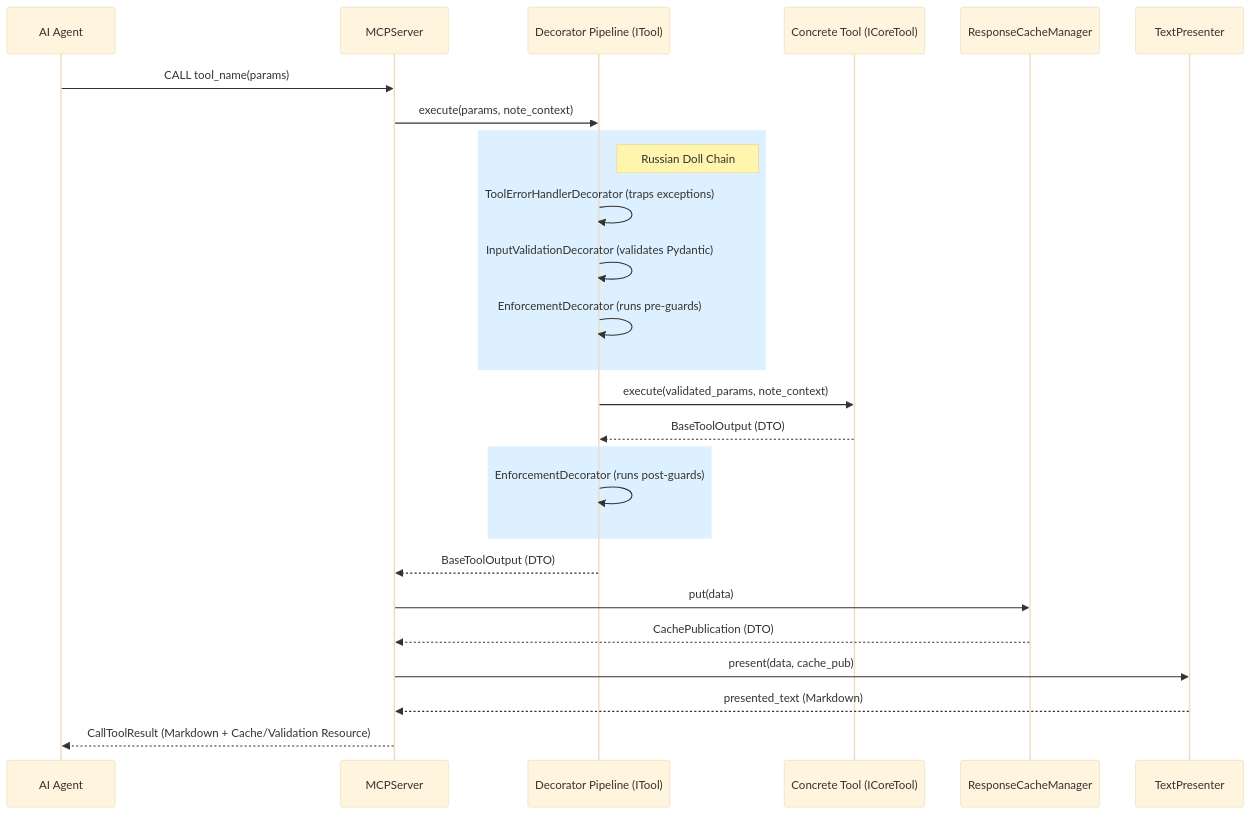
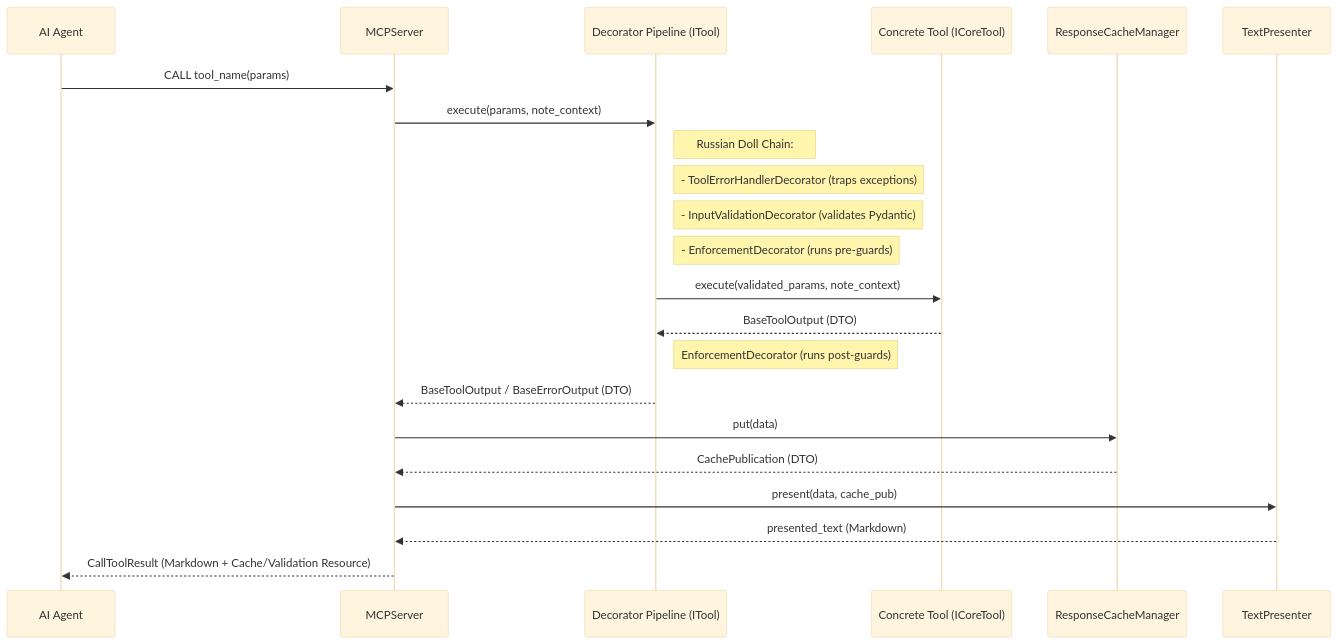
Before and after one commit to MikeyVK/phase-gate-mcp: the fourth of 5 diagrams in docs/mcp_server/ARCHITECTURE.md, drawn with Mermaid (base theme).

Commit message:
docs(P_DOCUMENTATION): Documentation for #406 (#406)

````diff
--- a/docs/mcp_server/ARCHITECTURE.md
+++ b/docs/mcp_server/ARCHITECTURE.md
@@ -491,36 +491,32 @@
 ```mermaid
 sequenceDiagram
     participant Agent as AI Agent
     participant Server as MCPServer
     participant Pipeline as Decorator Pipeline (ITool)
     participant Tool as Concrete Tool (ICoreTool)
     participant Cache as ResponseCacheManager
     participant Presenter as TextPresenter
 
     Agent->>Server: CALL tool_name(params)
     Server->>Pipeline: execute(params, note_context)
     
-    rect rgb(220, 240, 255)
-        note right of Pipeline: Russian Doll Chain
-        Pipeline->>Pipeline: ToolErrorHandlerDecorator (traps exceptions)
-        Pipeline->>Pipeline: InputValidationDecorator (validates Pydantic)
-        Pipeline->>Pipeline: EnforcementDecorator (runs pre-guards)
-    end
+    note right of Pipeline: Russian Doll Chain:
+    note right of Pipeline: - ToolErrorHandlerDecorator (traps exceptions)
+    note right of Pipeline: - InputValidationDecorator (validates Pydantic)
+    note right of Pipeline: - EnforcementDecorator (runs pre-guards)
 
     Pipeline->>Tool: execute(validated_params, note_context)
     Tool-->>Pipeline: BaseToolOutput (DTO)
     
-    rect rgb(220, 240, 255)
-        Pipeline->>Pipeline: EnforcementDecorator (runs post-guards)
-    end
+    note right of Pipeline: EnforcementDecorator (runs post-guards)
     
-    Pipeline-->>Server: BaseToolOutput (DTO)
+    Pipeline-->>Server: BaseToolOutput / BaseErrorOutput (DTO)
     
     Server->>Cache: put(data)
     Cache-->>Server: CachePublication (DTO)
     
     Server->>Presenter: present(data, cache_pub)
     Presenter-->>Server: presented_text (Markdown)
     
     Server-->>Agent: CallToolResult (Markdown + Cache/Validation Resource)
 ```
````
